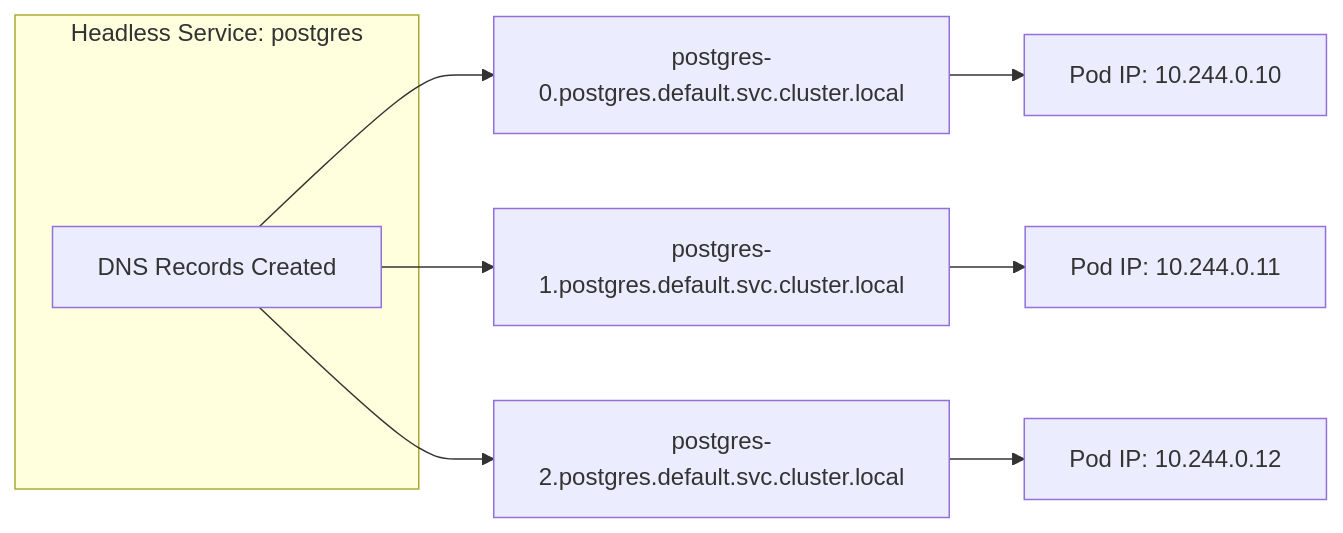
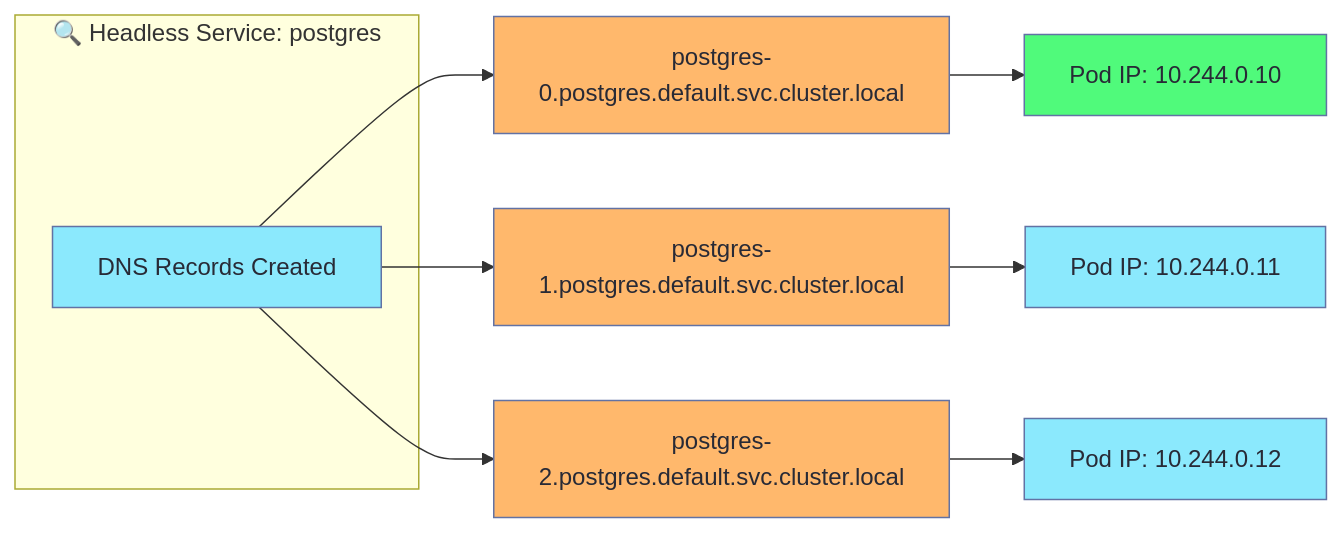
One commit to selvakumarperumal/k8s_minikube_learn changed the sixth of 17 diagrams in Workload_and_Application_Management/statefulset-postgresql-explained.md. Above: the diagram before and after it, drawn with Mermaid. The commit also changed other lines of this file, not shown here.

Commit message:
Apply Dracula theme colors to all diagrams for consistent visibility in dark mode

````diff
--- a/Workload_and_Application_Management/statefulset-postgresql-explained.md
+++ b/Workload_and_Application_Management/statefulset-postgresql-explained.md
@@ -154,14 +183,22 @@
 ```mermaid
 graph LR
-    subgraph "Headless Service: postgres"
+    subgraph HS["🔍 Headless Service: postgres"]
         DNS[DNS Records Created]
     end
     
     DNS --> R0["postgres-0.postgres.default.svc.cluster.local"]
     DNS --> R1["postgres-1.postgres.default.svc.cluster.local"]
     DNS --> R2["postgres-2.postgres.default.svc.cluster.local"]
     
     R0 --> IP0[Pod IP: 10.244.0.10]
     R1 --> IP1[Pod IP: 10.244.0.11]
     R2 --> IP2[Pod IP: 10.244.0.12]
+    
+    style DNS fill:#8be9fd,stroke:#6272a4,color:#282a36
+    style R0 fill:#ffb86c,stroke:#6272a4,color:#282a36
+    style R1 fill:#ffb86c,stroke:#6272a4,color:#282a36
+    style R2 fill:#ffb86c,stroke:#6272a4,color:#282a36
+    style IP0 fill:#50fa7b,stroke:#6272a4,color:#282a36
+    style IP1 fill:#8be9fd,stroke:#6272a4,color:#282a36
+    style IP2 fill:#8be9fd,stroke:#6272a4,color:#282a36
 ```
````
